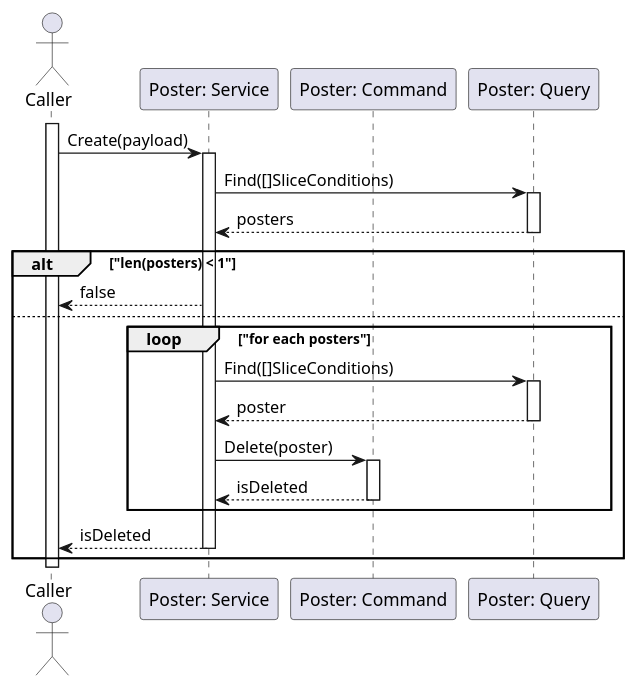
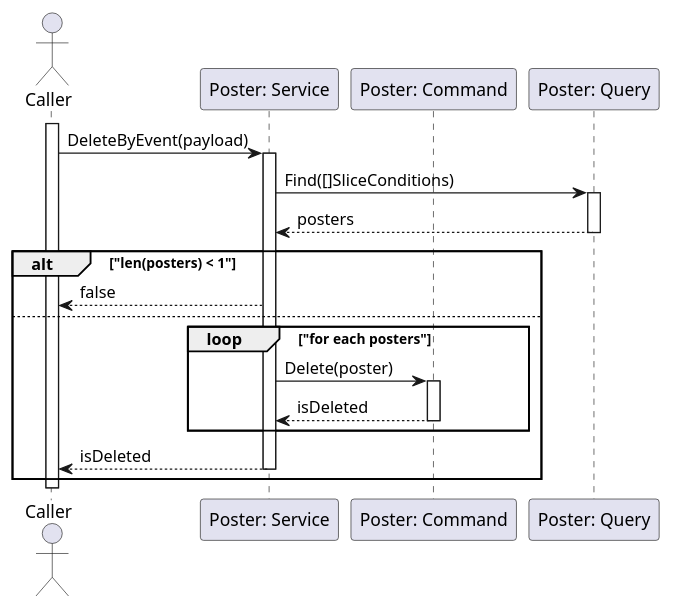
Before and after one commit to fwidjaya20/fazzlearning-uml: the diagram in Sequance/Release01/DeletePoster.wsd, drawn with PlantUML. The commit also changed 6 other files, not shown here.

Commit message:
sequence: rename sequence name

```diff
--- a/Sequance/Release01/DeletePoster.wsd
+++ b/Sequance/Release01/DeletePoster.wsd
@@ -1,37 +1,32 @@
-@startuml CreatePoster
+@startuml DeletePoster
 
 actor Caller
 participant "Poster: Service" as PosterService
 participant "Poster: Command" as PosterCommand
 participant "Poster: Query" as PosterQuery
 
 activate Caller
 
-Caller->PosterService: Create(payload)
+Caller->PosterService: DeleteByEvent(payload)
 activate PosterService
 PosterService->PosterQuery: Find([]SliceConditions)
 activate PosterQuery
 PosterQuery-->PosterService: posters
 deactivate PosterQuery
 
 alt "len(posters) < 1"
     PosterService-->Caller: false
 else
     loop "for each posters"
-        PosterService->PosterQuery: Find([]SliceConditions)
-        activate PosterQuery
-        PosterQuery-->PosterService: poster
-        deactivate PosterQuery
-
         PosterService->PosterCommand: Delete(poster)
         activate PosterCommand
         PosterCommand-->PosterService: isDeleted
         deactivate PosterCommand
     end
     PosterService-->Caller: isDeleted
     deactivate PosterService
 end
 
 deactivate Caller
 
 @enduml
```
